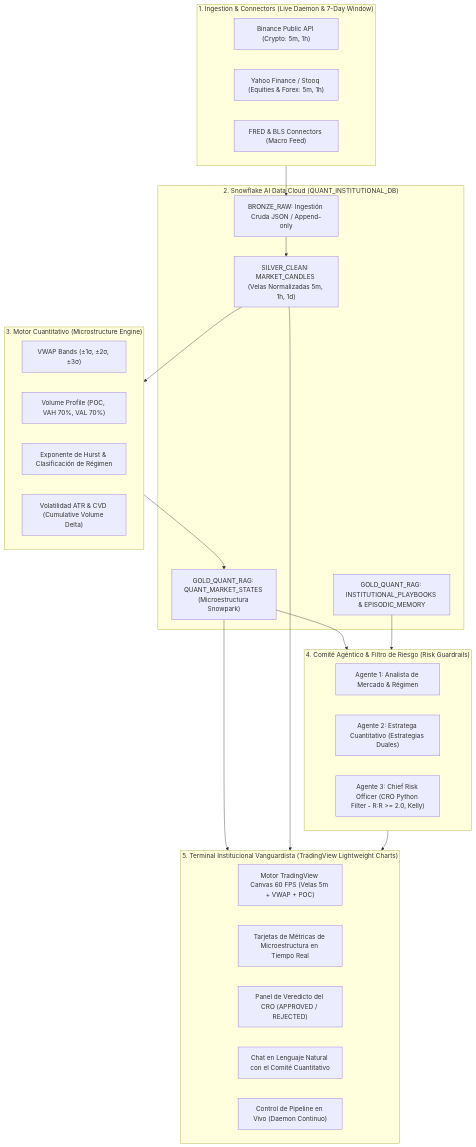
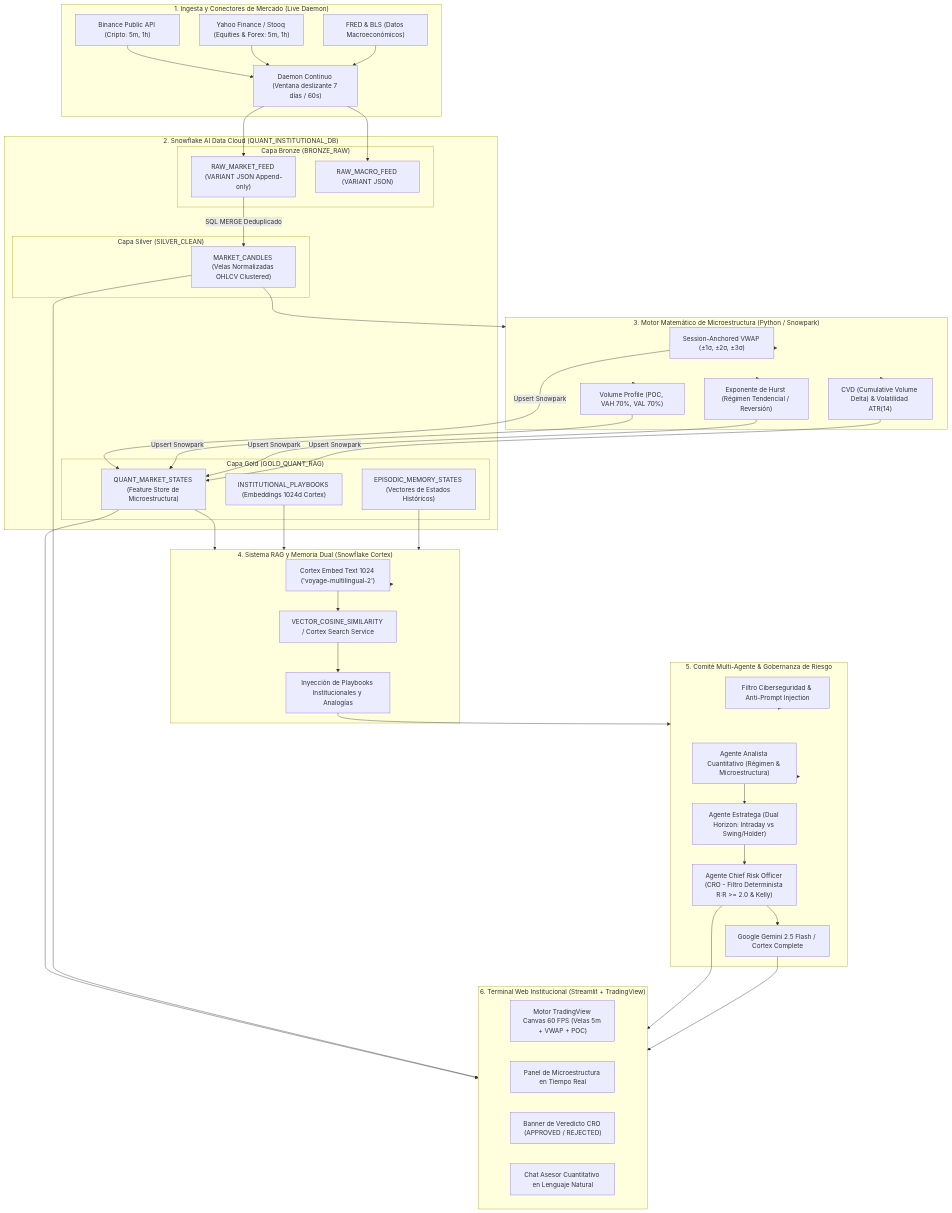
Before and after one commit to Pbyte5/trading-app: the first of 2 diagrams in README.md, drawn with Mermaid. The commit also changed other lines of this file and 3 other files, not shown here.

````diff
--- a/README.md
+++ b/README.md
@@ -9,46 +22,76 @@
 ```mermaid
 flowchart TD
-    subgraph INGESTION["1. Ingestion & Connectors (Live Daemon & 7-Day Window)"]
-        BINANCE["Binance Public API (Crypto: 5m, 1h)"]
+    subgraph INGESTION["1. Ingesta y Conectores de Mercado (Live Daemon)"]
+        BINANCE["Binance Public API (Cripto: 5m, 1h)"]
         YFIN["Yahoo Finance / Stooq (Equities & Forex: 5m, 1h)"]
-        MACRO["FRED & BLS Connectors (Macro Feed)"]
+        MACRO["FRED & BLS (Datos Macroeconómicos)"]
+        DAEMON["Daemon Continuo (Ventana deslizante 7 días / 60s)"]
+        BINANCE --> DAEMON
+        YFIN --> DAEMON
+        MACRO --> DAEMON
     end
 
     subgraph SNOWFLAKE["2. Snowflake AI Data Cloud (QUANT_INSTITUTIONAL_DB)"]
-        BRONZE["BRONZE_RAW: Ingestión Cruda JSON / Append-only"]
-        SILVER["SILVER_CLEAN: MARKET_CANDLES (Velas Normalizadas 5m, 1h, 1d)"]
-        GOLD["GOLD_QUANT_RAG: QUANT_MARKET_STATES (Microestructura Snowpark)"]
-        RAG_STORE["GOLD_QUANT_RAG: INSTITUTIONAL_PLAYBOOKS & EPISODIC_MEMORY"]
+        subgraph BRONZE_LAYER["Capa Bronze (BRONZE_RAW)"]
+            BRONZE_FEED["RAW_MARKET_FEED (VARIANT JSON Append-only)"]
+            BRONZE_MACRO["RAW_MACRO_FEED (VARIANT JSON)"]
+        end
+        subgraph SILVER_LAYER["Capa Silver (SILVER_CLEAN)"]
+            SILVER_CANDLES["MARKET_CANDLES (Velas Normalizadas OHLCV Clustered)"]
+        end
+        subgraph GOLD_LAYER["Capa Gold (GOLD_QUANT_RAG)"]
+            GOLD_STATES["QUANT_MARKET_STATES (Feature Store de Microestructura)"]
+            GOLD_PLAYBOOKS["INSTITUTIONAL_PLAYBOOKS (Embeddings 1024d Cortex)"]
+            GOLD_MEMORY["EPISODIC_MEMORY_STATES (Vectores de Estados Históricos)"]
+        end
     end
 
-    subgraph QUANT["3. Motor Cuantitativo (Microstructure Engine)"]
-        VWAP["VWAP Bands (±1σ, ±2σ, ±3σ)"]
-        VP["Volume Profile (POC, VAH 70%, VAL 70%)"]
-        HURST["Exponente de Hurst & Clasificación de Régimen"]
-        ATR["Volatilidad ATR & CVD (Cumulative Volume Delta)"]
+    subgraph QUANT["3. Motor Matemático de Microestructura (Python / Snowpark)"]
+        VWAP_ENG["Session-Anchored VWAP (±1σ, ±2σ, ±3σ)"]
+        VP_ENG["Volume Profile (POC, VAH 70%, VAL 70%)"]
+        HURST_ENG["Exponente de Hurst (Régimen Tendencial / Reversión)"]
+        CVD_ENG["CVD (Cumulative Volume Delta) & Volatilidad ATR(14)"]
     end
 
-    subgraph COMMITTEE["4. Comité Agéntico & Filtro de Riesgo (Risk Guardrails)"]
-        ANALYST["Agente 1: Analista de Mercado & Régimen"]
-        STRATEGIST["Agente 2: Estratega Cuantitativo (Estrategias Duales)"]
-        CRO["Agente 3: Chief Risk Officer (CRO Python Filter - R:R >= 2.0, Kelly)"]
+    subgraph RAG_ORCH["4. Sistema RAG y Memoria Dual (Snowflake Cortex)"]
+        CORTEX_EMBED["Cortex Embed Text 1024 ('voyage-multilingual-2')"]
+        VEC_SEARCH["VECTOR_COSINE_SIMILARITY / Cortex Search Service"]
+        RETRIEVAL["Inyección de Playbooks Institucionales y Analogías"]
     end
 
-    subgraph FRONTEND["5. Terminal Institucional Vanguardista (TradingView Lightweight Charts)"]
-        UI_CHART["Motor TradingView Canvas 60 FPS (Velas 5m + VWAP + POC)"]
-        UI_KPIS["Tarjetas de Métricas de Microestructura en Tiempo Real"]
-        UI_CRO["Panel de Veredicto del CRO (APPROVED / REJECTED)"]
-        UI_CHAT["Chat en Lenguaje Natural con el Comité Cuantitativo"]
-        UI_LIVE["Control de Pipeline en Vivo (Daemon Continuo)"]
+    subgraph AGENTS["5. Comité Multi-Agente & Gobernanza de Riesgo"]
+        SEC_FILTER["Filtro Ciberseguridad & Anti-Prompt Injection"]
+        QUANT_ANALYST["Agente Analista Cuantitativo (Régimen & Microestructura)"]
+        STRATEGIST["Agente Estratega (Dual Horizon: Intraday vs Swing/Holder)"]
+        CRO["Agente Chief Risk Officer (CRO - Filtro Determinista R:R >= 2.0 & Kelly)"]
+        GEMINI["Google Gemini 2.5 Flash / Cortex Complete"]
     end
 
-    INGESTION --> BRONZE
-    BRONZE --> SILVER
-    SILVER --> QUANT
-    QUANT --> GOLD
-    GOLD --> COMMITTEE
-    RAG_STORE --> COMMITTEE
-    GOLD --> FRONTEND
-    SILVER --> FRONTEND
-    COMMITTEE --> FRONTEND
+    subgraph UI["6. Terminal Web Institucional (Streamlit + TradingView)"]
+        TV_CHART["Motor TradingView Canvas 60 FPS (Velas 5m + VWAP + POC)"]
+        KPIS["Panel de Microestructura en Tiempo Real"]
+        CRO_BANNER["Banner de Veredicto CRO (APPROVED / REJECTED)"]
+        CHAT["Chat Asesor Cuantitativo en Lenguaje Natural"]
+    end
+
+    DAEMON --> BRONZE_FEED
+    DAEMON --> BRONZE_MACRO
+    BRONZE_FEED -->|SQL MERGE Deduplicado| SILVER_CANDLES
+    SILVER_CANDLES --> QUANT
+    QUANT --> VWAP_ENG & VP_ENG & HURST_ENG & CVD_ENG
+    VWAP_ENG & VP_ENG & HURST_ENG & CVD_ENG -->|Upsert Snowpark| GOLD_STATES
+
+    GOLD_STATES --> RAG_ORCH
+    GOLD_PLAYBOOKS --> RAG_ORCH
+    GOLD_MEMORY --> RAG_ORCH
+    RAG_ORCH --> CORTEX_EMBED --> VEC_SEARCH --> RETRIEVAL
+
+    RETRIEVAL --> AGENTS
+    SEC_FILTER --> AGENTS
+    AGENTS --> QUANT_ANALYST --> STRATEGIST --> CRO --> GEMINI
+
+    GOLD_STATES --> UI
+    SILVER_CANDLES --> UI
+    CRO --> UI
+    GEMINI --> UI
 ```
````
